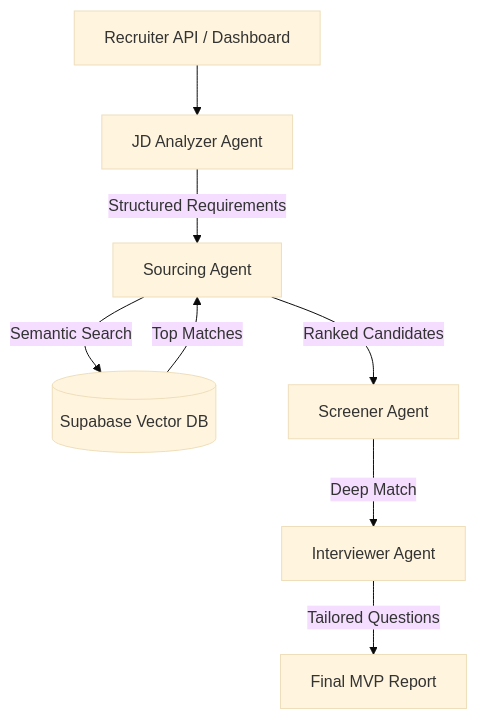
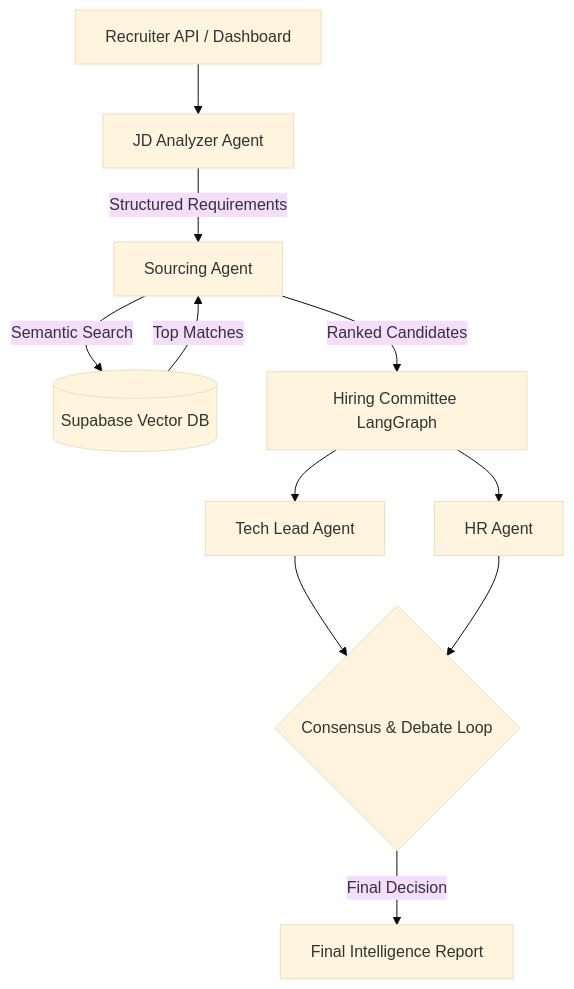
The diagram in README.md (Mr-C-Tejesh/talentstream-ai), drawn with Mermaid (base theme) before and after one commit. The commit also changed other lines of this file, not shown here.

````diff
--- a/README.md
+++ b/README.md
@@ -51,10 +49,13 @@
 ```mermaid
 graph TD
     A[Recruiter API / Dashboard] --> B[JD Analyzer Agent]
     B -->|Structured Requirements| C[Sourcing Agent]
     C -->|Semantic Search| D[(Supabase Vector DB)]
     D -->|Top Matches| C
-    C -->|Ranked Candidates| E[Screener Agent]
-    E -->|Deep Match| F[Interviewer Agent]
-    F -->|Tailored Questions| G[Final MVP Report]
+    C -->|Ranked Candidates| E[Hiring Committee LangGraph]
+    E --> F[Tech Lead Agent]
+    E --> G[HR Agent]
+    F --> H{Consensus & Debate Loop}
+    G --> H
+    H -->|Final Decision| I[Final Intelligence Report]
 ```
````
